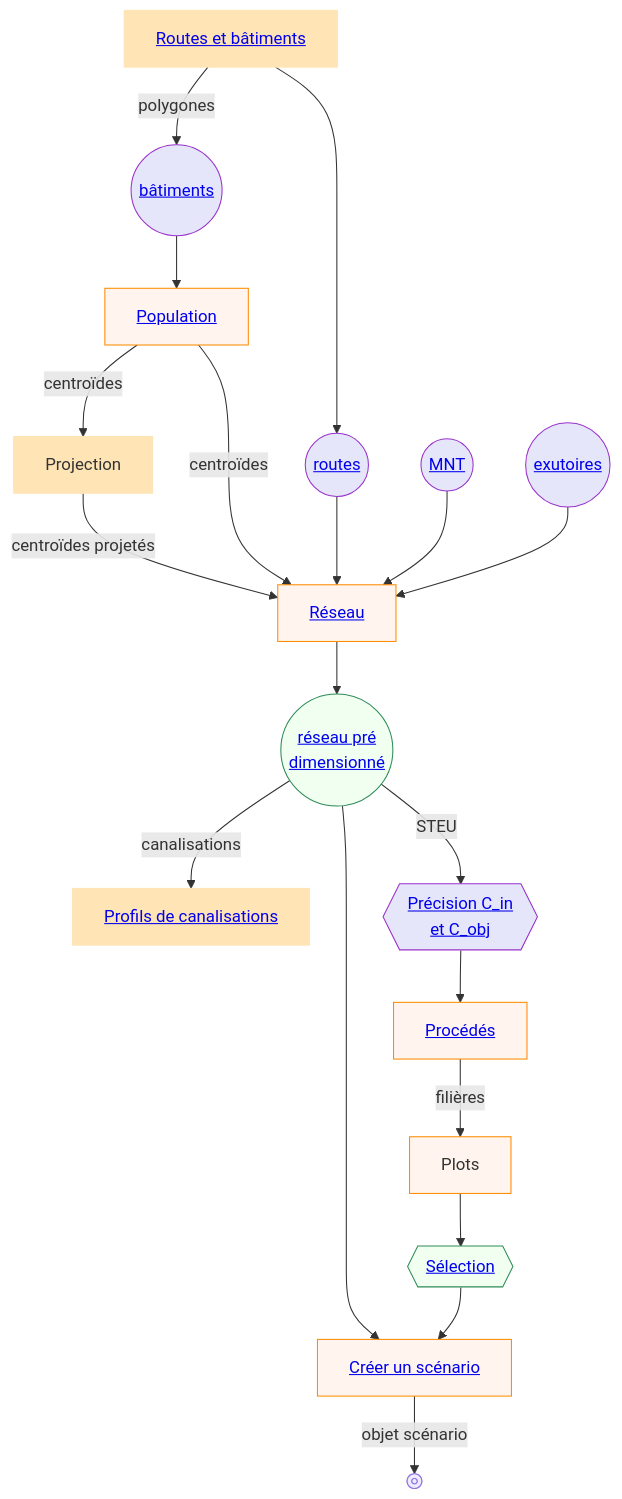
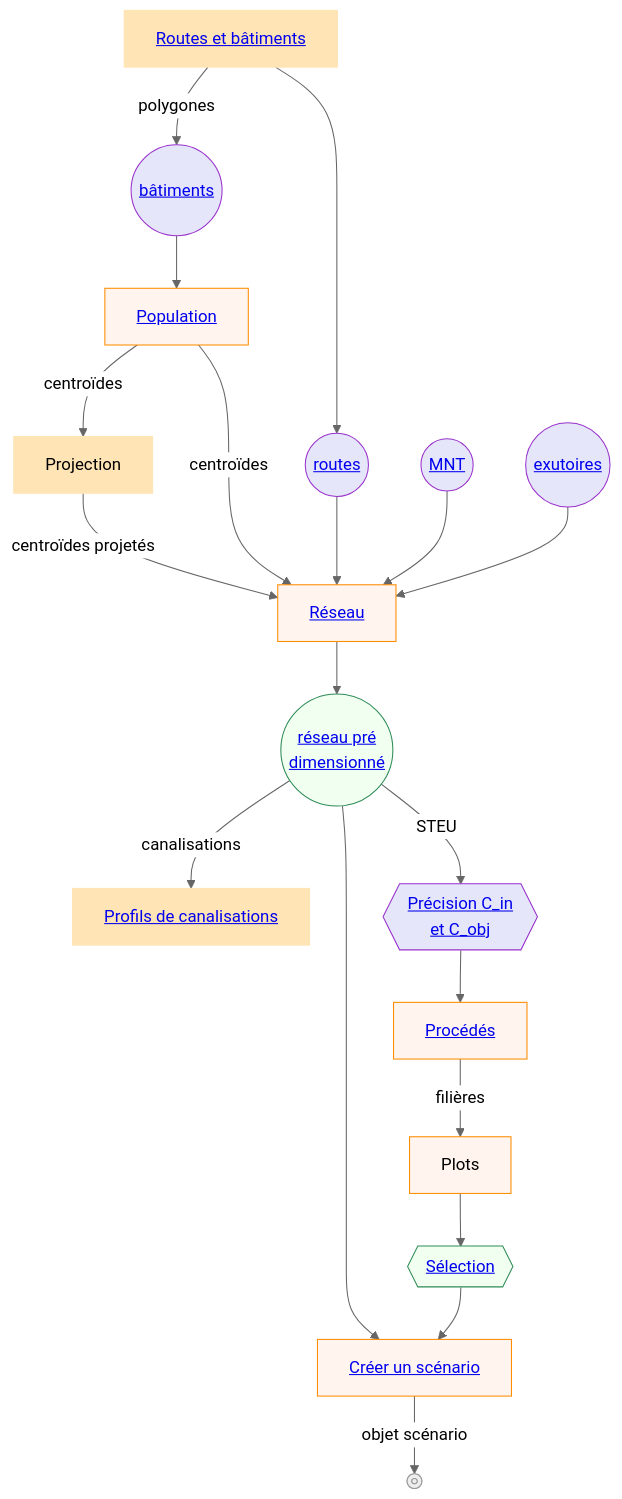
The diagram in docs/global_flowchart.mmd (nicolas-forquet/elan), drawn with Mermaid before and after one commit. The commit also changed 5 other files, not shown here.

Commit message:
change theme config of mermaid diagrammes to solve issue #40

```diff
--- a/docs/global_flowchart.mmd
+++ b/docs/global_flowchart.mmd
@@ -1,34 +1,39 @@
+---
+config:
+  theme: 'neutral'
+---
+
 flowchart TB
     A[<a href="https://elan-gis.org/fr/preparation.html#routes">Routes et bâtiments</a>]
     B[<a href="https://elan-gis.org/fr/preparation.html#population">Population</a>]
     C[Projection]:::class1
     D[<a href="https://elan-gis.org/fr/scenario_prb1.html#reseau">Réseau</a>]:::class3
     B:::class3 --centroïdes--> C --centroïdes projetés--> D
     B --centroïdes--> D
     F@{ shape: circle, label: <a href="https://elan-gis.org/fr/preparation.html#entrees-reseau">MNT</a> }
     G@{ shape: circle, label: <a href="https://elan-gis.org/fr/preparation.html#entrees-reseau">exutoires</a> }
     H@{ shape: circle, label: <a href="https://elan-gis.org/fr/preparation.html#entrees-reseau">routes</a> }
     I@{ shape: circle, label: <a href="https://elan-gis.org/fr/preparation.html#entrees-reseau">bâtiments</a> }
     A:::class1 --polygones--> I:::class0 --> B
     A --> H:::class0 --> D
     F:::class0 --> D
     G:::class0 --> D
     J[<a href="https://elan-gis.org/fr/scenario_prb1.html#visualisation-profils">Profils de canalisations</a>]:::class1
     K[<a href="https://elan-gis.org/fr/scenario_prb1.html#procedes">Procédés</a>]:::class3
     L[<a href="https://elan-gis.org/fr/scenario_prb1.html#creer-scenario">Créer un scénario</a>]:::class3
     M[Plots]:::class3
     N@{ shape: circle, label: <a href="https://elan-gis.org/fr/scenario_prb1.html#sorties-reseau">réseau pré <br/> dimensionné</a> }
     D --> N:::class2
     N --canalisations--> J
     N --STEU--> Q:::class0 --> K
     K --filières--> M 
     N --> L
     O@{ shape: framed-circle, label: "Stop" }
     P@{ shape: hex, label: <a href="https://elan-gis.org/fr/scenario_prb1.html#selection">Sélection</a> }
     M --> P:::class2 --> L
     L -- objet scénario --> O
     Q@{ shape: hex, label: <a href="https://elan-gis.org/fr/scenario_prb1.html#set-concentrations">Précision C_in <br/> et C_obj</a> }
     classDef class0 fill:#E6E6FA, stroke:#9932CC
     classDef class1 fill:#FFE4B5, stroke:#FFE4B5
     classDef class2 fill:#F0FFF0, stroke:#2E8B57
     classDef class3 fill:#FFF5EE, stroke:#FF8C00
```
